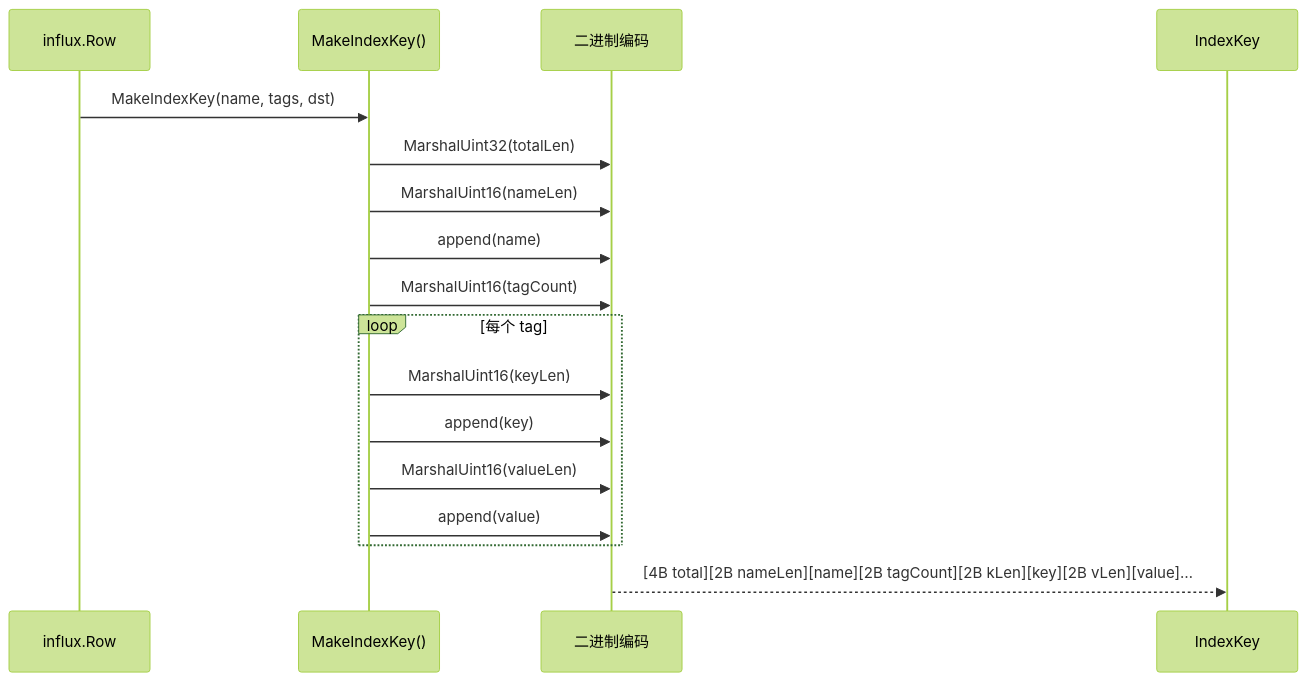
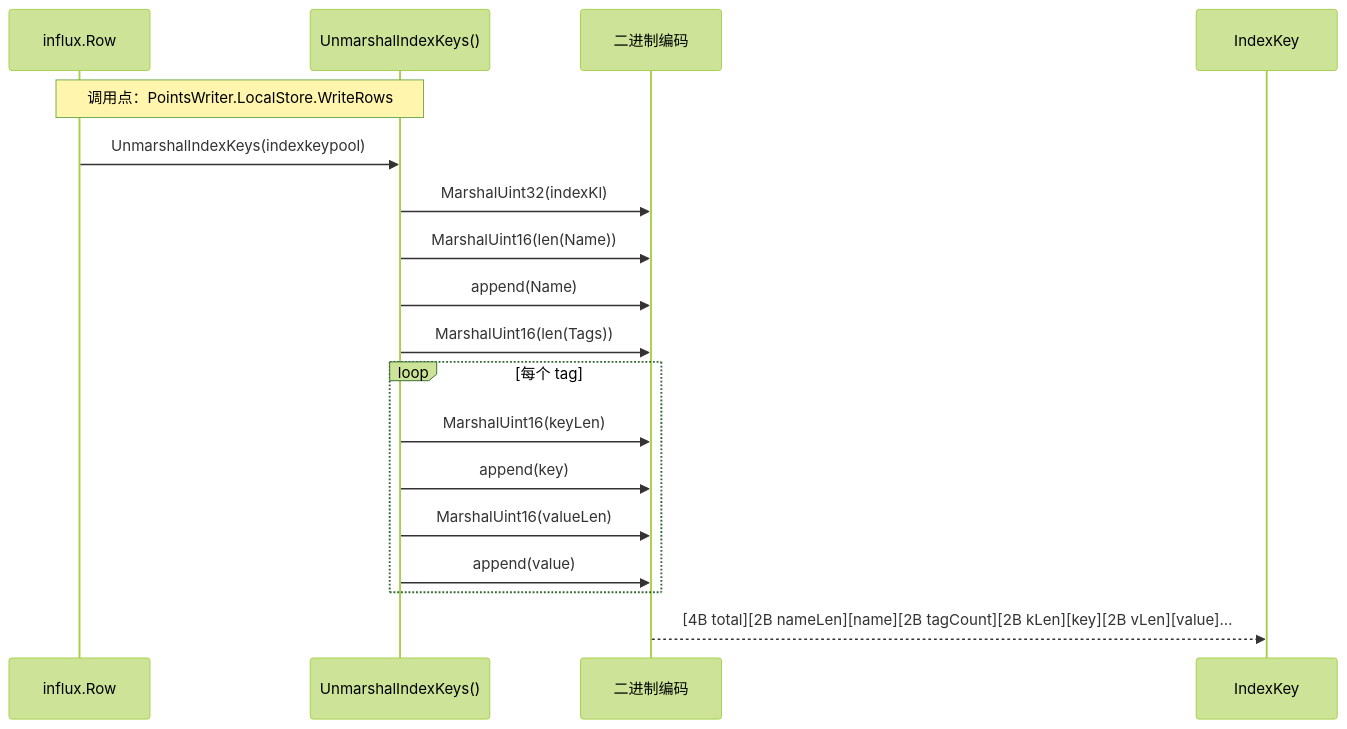
One commit to stefanv5/openGemini changed the third of 14 diagrams in docs/specs/01_write_engine_spec.md. Above: the diagram before and after it, drawn with Mermaid (forest theme). The commit also changed other lines of this file and 37 other files, not shown here.

````diff
--- a/docs/specs/01_write_engine_spec.md
+++ b/docs/specs/01_write_engine_spec.md
@@ -293,22 +297,23 @@
 ```mermaid
 sequenceDiagram
     participant Row as influx.Row
-    participant Make as MakeIndexKey()
+    participant Unmarshal as UnmarshalIndexKeys()
     participant Binary as 二进制编码
     participant Result as IndexKey
 
-    Row->>Make: MakeIndexKey(name, tags, dst)
-    Make->>Binary: MarshalUint32(totalLen)
-    Make->>Binary: MarshalUint16(nameLen)
-    Make->>Binary: append(name)
-    Make->>Binary: MarshalUint16(tagCount)
+    Note over Row,Unmarshal: 调用点：PointsWriter.LocalStore.WriteRows
+    Row->>Unmarshal: UnmarshalIndexKeys(indexkeypool)
+    Unmarshal->>Binary: MarshalUint32(indexKl)
+    Unmarshal->>Binary: MarshalUint16(len(Name))
+    Unmarshal->>Binary: append(Name)
+    Unmarshal->>Binary: MarshalUint16(len(Tags))
 
     loop 每个 tag
-        Make->>Binary: MarshalUint16(keyLen)
-        Make->>Binary: append(key)
-        Make->>Binary: MarshalUint16(valueLen)
-        Make->>Binary: append(value)
+        Unmarshal->>Binary: MarshalUint16(keyLen)
+        Unmarshal->>Binary: append(key)
+        Unmarshal->>Binary: MarshalUint16(valueLen)
+        Unmarshal->>Binary: append(value)
     end
 
     Binary-->>Result: [4B total][2B nameLen][name][2B tagCount][2B kLen][key][2B vLen][value]…
 ```
````
